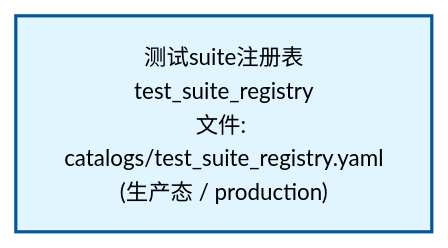
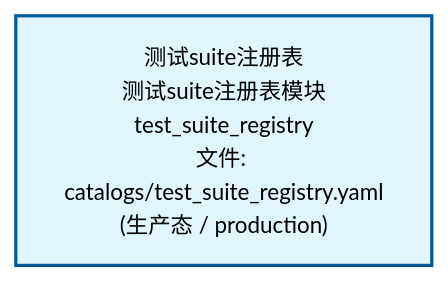
Before and after one commit to xuanFelixVan/ZephyrAlpha: the first of 2 diagrams in docs/02_enterprise_architecture/02_domain_architecture_docs/33_d_audittest.md, drawn with Mermaid. The commit also changed other lines of this file and 58 other files, not shown here.

````diff
--- a/docs/02_enterprise_architecture/02_domain_architecture_docs/33_d_audittest.md
+++ b/docs/02_enterprise_architecture/02_domain_architecture_docs/33_d_audittest.md
@@ -53,10 +53,10 @@
 ```mermaid
 %%{init: {'theme': 'base', 'themeVariables': {'primaryColor': '#eaeaea', 'primaryTextColor': '#333333', 'primaryBorderColor': '#666666', 'lineColor': '#666666', 'secondaryColor': '#eaeaea', 'tertiaryColor': '#eaeaea', 'fontSize': '14px'}}}%%
 flowchart TD
-    docs_01_policies_and_standards_registry_catalogs_test_suite_registry_yaml["测试suite注册表<br/>test_suite_registry<br/>文件: catalogs/test_suite_registry.yaml<br/>(生产态 / production)"]
+    docs_01_policies_and_standards_registry_catalogs_test_suite_registry_yaml["测试suite注册表<br/>测试suite注册表模块<br/>test_suite_registry<br/>文件: catalogs/test_suite_registry.yaml<br/>(生产态 / production)"]
     classDef production fill:#e1f5fe,stroke:#01579b,stroke-width:2px,color:#000
     classDef design fill:#fff3e0,stroke:#e65100,stroke-width:2px,color:#000,stroke-dasharray: 5 5
     classDef external_prod fill:#e8f4fd,stroke:#0277bd,stroke-width:1px,color:#000
     classDef external_design fill:#fff8e7,stroke:#ef6c00,stroke-width:1px,color:#000,stroke-dasharray: 5 5
     class docs_01_policies_and_standards_registry_catalogs_test_suite_registry_yaml production
 ```
````
